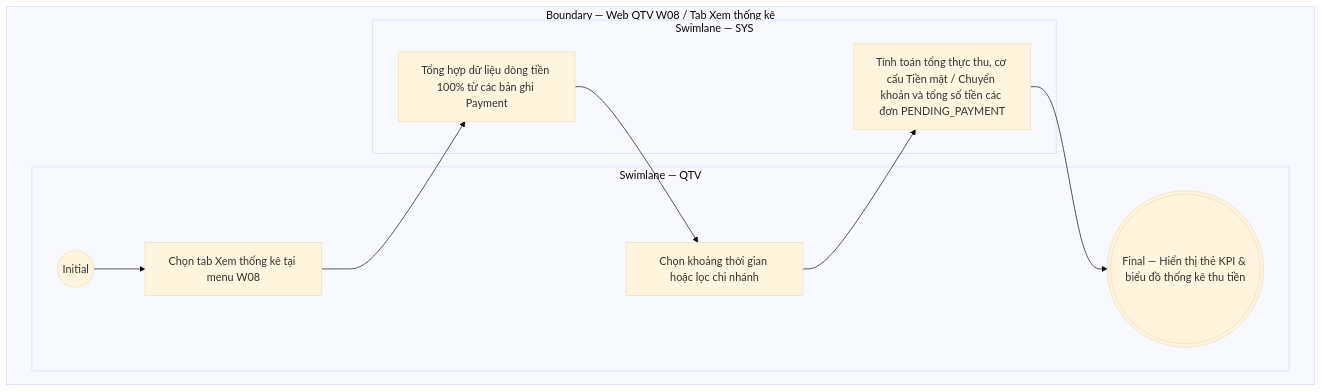
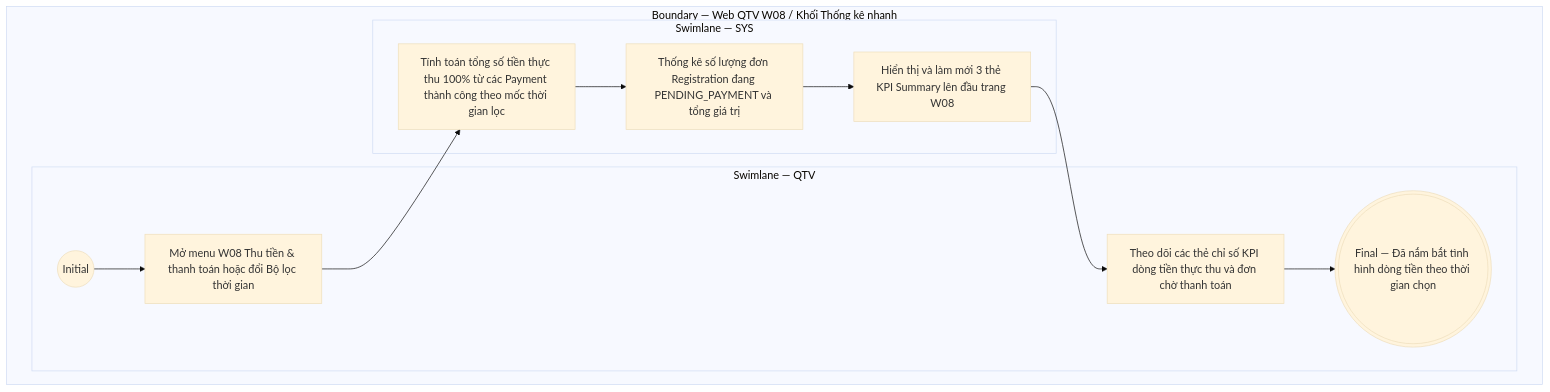
The diagram in docs/user-stories/qtv/QTV-W08-Thu tiền & thanh toán/QTV-W08-US03-Xem thống kê.md (ThachY-23120411/Paradise-Gym-v2), drawn with Mermaid (base theme) before and after one commit. The commit also changed other lines of this file and 97 other files, not shown here.

````diff
--- a/docs/user-stories/qtv/QTV-W08-Thu tiền & thanh toán/QTV-W08-US03-Xem thống kê.md
+++ b/docs/user-stories/qtv/QTV-W08-Thu tiền & thanh toán/QTV-W08-US03-Xem thống kê.md
@@ -29,17 +38,24 @@
 ```mermaid
 flowchart TB
-  subgraph B["Boundary — Web QTV W08 / Tab Xem thống kê"]
+  subgraph B["Boundary — Web QTV W08 / Khối Thống kê nhanh"]
     subgraph L0["Swimlane — QTV"]
       I01(("Initial"))
-      A01["Chọn tab Xem thống kê tại menu W08"]
-      A02["Chọn khoảng thời gian hoặc lọc chi nhánh"]
-      F01((("Final — Hiển thị thẻ KPI & biểu đồ thống kê thu tiền")))
+      A01["Mở menu W08 Thu tiền & thanh toán hoặc đổi Bộ lọc thời gian"]
+      A02["Theo dõi các thẻ chỉ số KPI dòng tiền thực thu và đơn chờ thanh toán"]
+      F01((("Final — Đã nắm bắt tình hình dòng tiền theo thời gian chọn")))
+
       I01 --> A01
+      A02 --> F01
     end
     subgraph L1["Swimlane — SYS"]
-      S01["Tổng hợp dữ liệu dòng tiền 100% từ các bản ghi Payment"]
-      S02["Tính toán tổng thực thu, cơ cấu Tiền mặt / Chuyển khoản và tổng số tiền các đơn PENDING_PAYMENT"]
-      A01 --> S01 --> A02 --> S02 --> F01
+      S01["Tính toán tổng số tiền thực thu 100% từ các Payment thành công theo mốc thời gian lọc"]
+      S02["Thống kê số lượng đơn Registration đang PENDING_PAYMENT và tổng giá trị"]
+      S03["Hiển thị và làm mới 3 thẻ KPI Summary lên đầu trang W08"]
+
+      A01 --> S01
+      S01 --> S02
+      S02 --> S03
+      S03 --> A02
     end
   end
 ```
````
